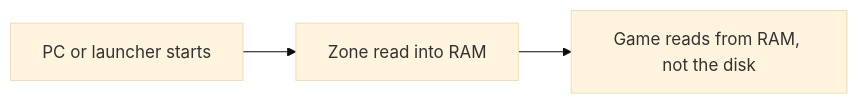
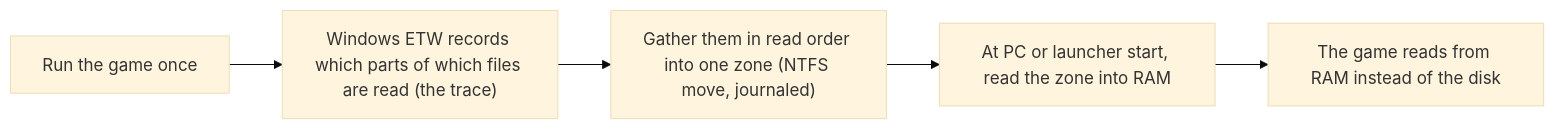
One commit to DO0OG/AsterCache changed the first of 2 diagrams in README.md. Above: the diagram before and after it, drawn with Mermaid (base theme). The commit also changed other lines of this file and 27 other files, not shown here.

````diff
--- a/README.md
+++ b/README.md
@@ -90,4 +129,4 @@
 ```mermaid
 flowchart LR
-    A["PC or launcher starts"] --> B["Zone read into RAM"] --> C["Game reads from RAM, not the disk"]
+    A["Run the game once"] --> B["Windows ETW records which parts of which files are read (the trace)"] --> C["Gather them in read order into one zone (NTFS move, journaled)"] --> D["At PC or launcher start, read the zone into RAM"] --> E["The game reads from RAM instead of the disk"]
 ```
````
